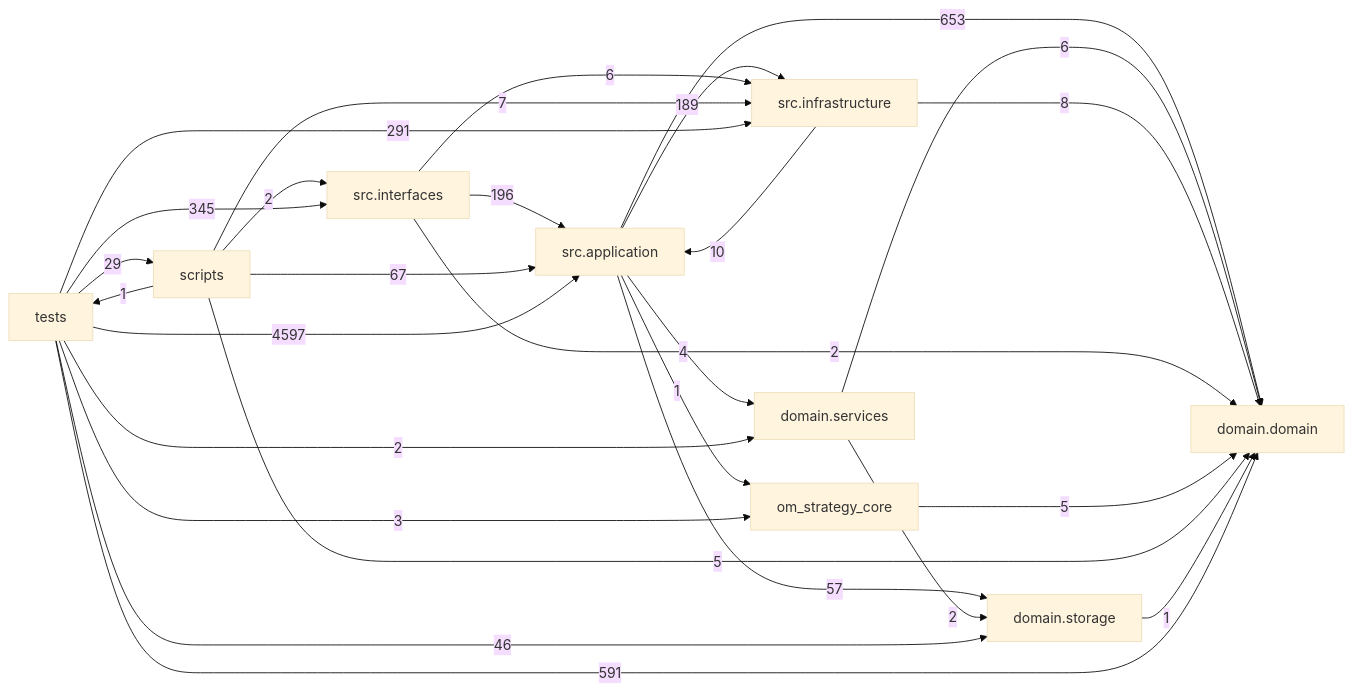
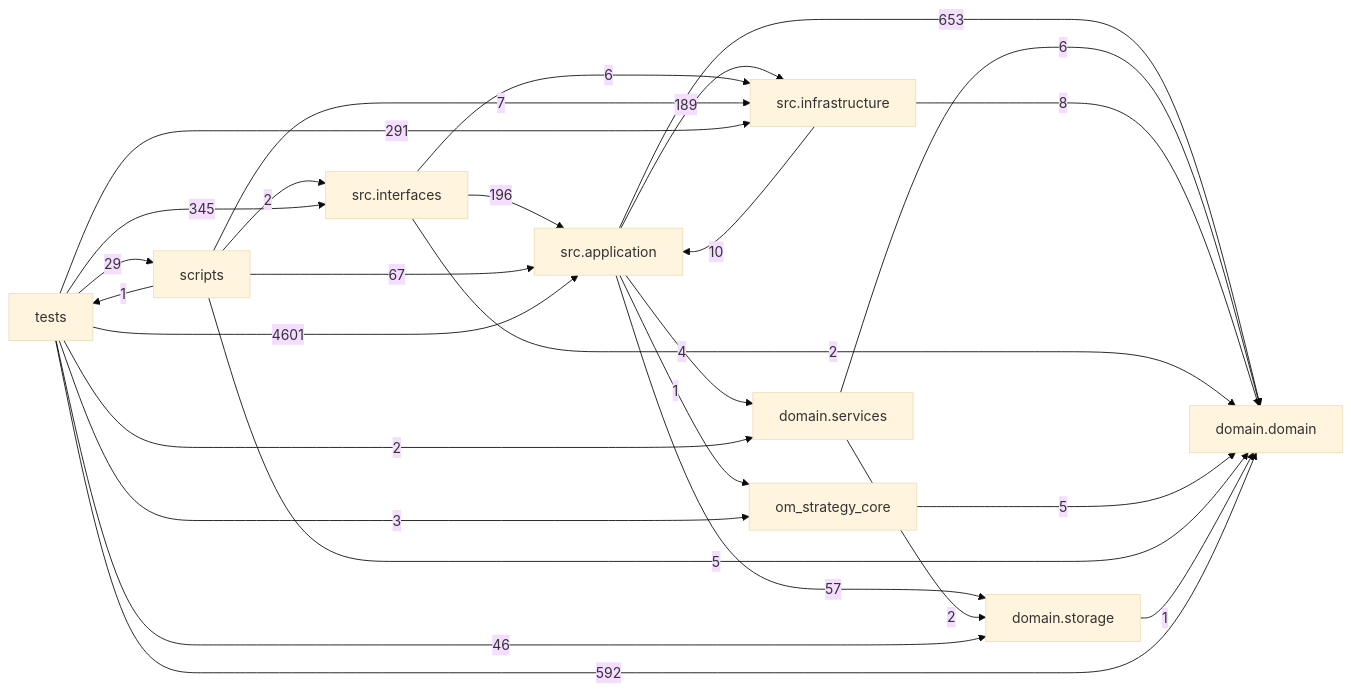
One commit to liuxie066/options-monitor changed the diagram in docs/DEPENDENCY_GRAPH.md. Above: the diagram before and after it, drawn with Mermaid (base theme). The commit also changed other lines of this file and 3 other files, not shown here.

````diff
--- a/docs/DEPENDENCY_GRAPH.md
+++ b/docs/DEPENDENCY_GRAPH.md
@@ -24,38 +24,38 @@
 ```mermaid
 flowchart LR
   tests["tests"]
   scripts["scripts"]
   interfaces["src.interfaces"]
   application["src.application"]
   infrastructure["src.infrastructure"]
   domain_services["domain.services"]
   domain["domain.domain"]
   storage["domain.storage"]
   application -->|653| domain
   application -->|4| domain_services
   application -->|189| infrastructure
   application -->|1| om_strategy_core
   application -->|57| storage
   domain_services -->|6| domain
   domain_services -->|2| storage
   infrastructure -->|10| application
   infrastructure -->|8| domain
   interfaces -->|196| application
   interfaces -->|2| domain
   interfaces -->|6| infrastructure
   om_strategy_core -->|5| domain
   scripts -->|67| application
   scripts -->|5| domain
   scripts -->|7| infrastructure
   scripts -->|2| interfaces
   scripts -->|1| tests
   storage -->|1| domain
-  tests -->|4597| application
-  tests -->|591| domain
+  tests -->|4601| application
+  tests -->|592| domain
   tests -->|2| domain_services
   tests -->|291| infrastructure
   tests -->|345| interfaces
   tests -->|3| om_strategy_core
   tests -->|29| scripts
   tests -->|46| storage
 ```
````
